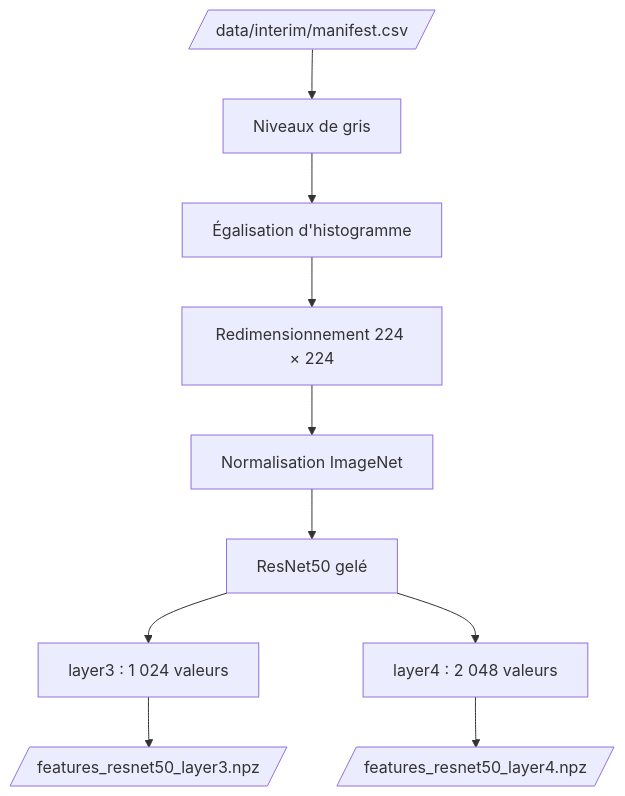
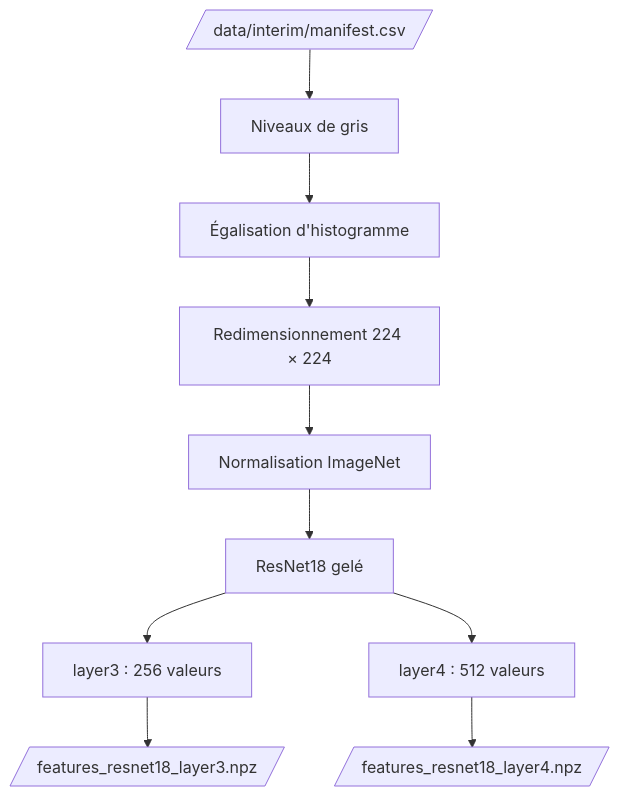
Before and after one commit to lefevrk/OC-Appliquez-des-approches-semi-supervisees: the diagram in docs/docs/pipeline/features.md, drawn with Mermaid. The commit also changed other lines of this file and 18 other files, not shown here.

````diff
--- a/docs/docs/pipeline/features.md
+++ b/docs/docs/pipeline/features.md
@@ -9,12 +9,12 @@
 ```mermaid
 flowchart TB
     MAN[/data/interim/manifest.csv/] --> GRAY[Niveaux de gris]
     GRAY --> EQ[Égalisation d'histogramme]
     EQ --> RES[Redimensionnement 224 × 224]
     RES --> NORM[Normalisation ImageNet]
-    NORM --> NET[ResNet50 gelé]
-    NET --> L3[layer3 : 1 024 valeurs]
-    NET --> L4[layer4 : 2 048 valeurs]
-    L3 --> NPZ3[/features_resnet50_layer3.npz/]
-    L4 --> NPZ4[/features_resnet50_layer4.npz/]
+    NORM --> NET[ResNet18 gelé]
+    NET --> L3[layer3 : 256 valeurs]
+    NET --> L4[layer4 : 512 valeurs]
+    L3 --> NPZ3[/features_resnet18_layer3.npz/]
+    L4 --> NPZ4[/features_resnet18_layer4.npz/]
 ```
````
